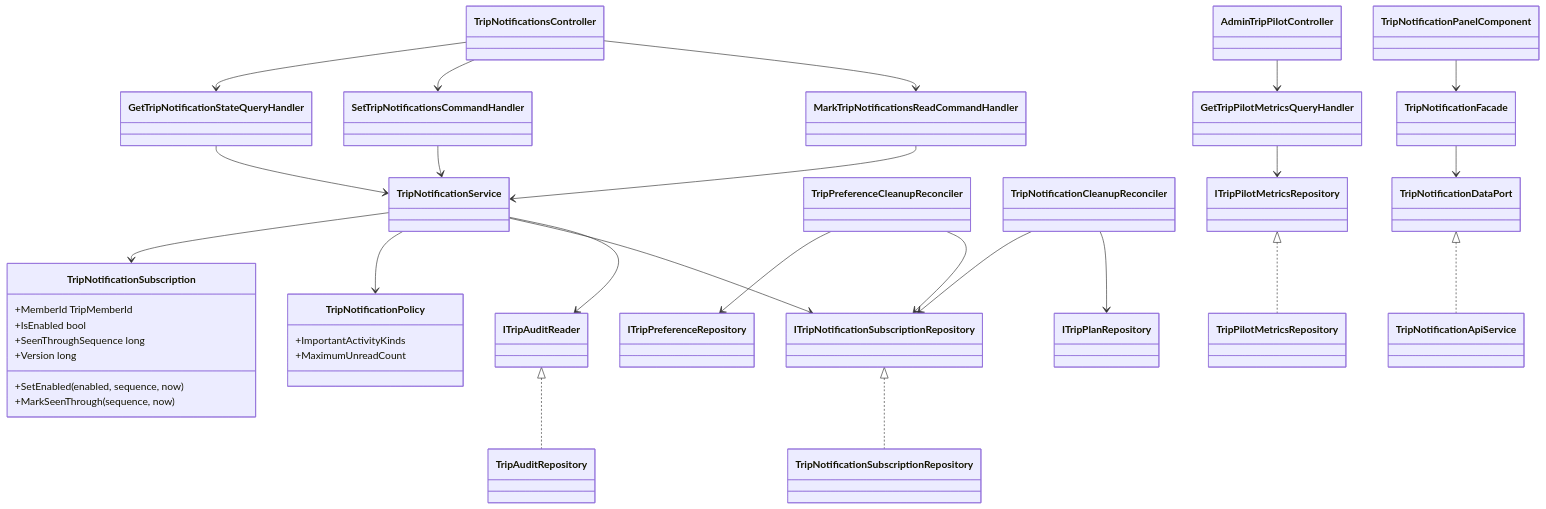
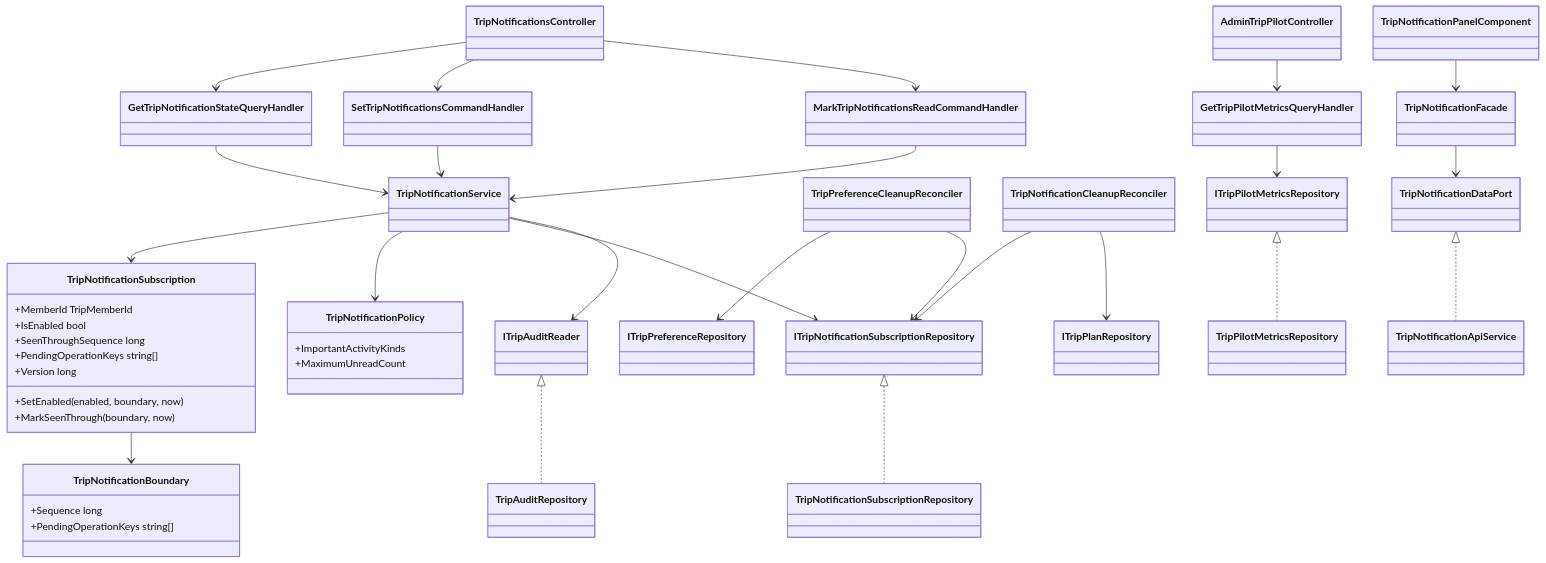
Before and after one commit to Ced59/AmusementParkProject: the second of 3 diagrams in docs/architecture/product-growth-trip-13-collaborative-pilot-2026-09-25.md, drawn with Mermaid. The commit also changed other lines of this file and 16 other files, not shown here.

````diff
--- a/docs/architecture/product-growth-trip-13-collaborative-pilot-2026-09-25.md
+++ b/docs/architecture/product-growth-trip-13-collaborative-pilot-2026-09-25.md
@@ -173,58 +180,64 @@
 ```mermaid
 classDiagram
     class TripNotificationsController
     class GetTripNotificationStateQueryHandler
     class SetTripNotificationsCommandHandler
     class MarkTripNotificationsReadCommandHandler
     class TripNotificationService
     class TripNotificationSubscription {
       +MemberId TripMemberId
       +IsEnabled bool
       +SeenThroughSequence long
+      +PendingOperationKeys string[]
       +Version long
-      +SetEnabled(enabled, sequence, now)
-      +MarkSeenThrough(sequence, now)
+      +SetEnabled(enabled, boundary, now)
+      +MarkSeenThrough(boundary, now)
+    }
+    class TripNotificationBoundary {
+      +Sequence long
+      +PendingOperationKeys string[]
     }
     class TripNotificationPolicy {
       +ImportantActivityKinds
       +MaximumUnreadCount
     }
     class ITripNotificationSubscriptionRepository
     class ITripAuditReader
     class TripNotificationSubscriptionRepository
     class TripAuditRepository
     class TripPreferenceCleanupReconciler
     class TripNotificationCleanupReconciler
     class ITripPreferenceRepository
     class GetTripPilotMetricsQueryHandler
     class ITripPilotMetricsRepository
     class TripPilotMetricsRepository
     class AdminTripPilotController
     class TripNotificationPanelComponent
     class TripNotificationFacade
     class TripNotificationDataPort
     class TripNotificationApiService
 
     TripNotificationsController --> GetTripNotificationStateQueryHandler
     TripNotificationsController --> SetTripNotificationsCommandHandler
     TripNotificationsController --> MarkTripNotificationsReadCommandHandler
     GetTripNotificationStateQueryHandler --> TripNotificationService
     SetTripNotificationsCommandHandler --> TripNotificationService
     MarkTripNotificationsReadCommandHandler --> TripNotificationService
     TripNotificationService --> TripNotificationSubscription
+    TripNotificationSubscription --> TripNotificationBoundary
     TripNotificationService --> TripNotificationPolicy
     TripNotificationService --> ITripNotificationSubscriptionRepository
     TripNotificationService --> ITripAuditReader
     ITripNotificationSubscriptionRepository <|.. TripNotificationSubscriptionRepository
     ITripAuditReader <|.. TripAuditRepository
     TripPreferenceCleanupReconciler --> ITripPreferenceRepository
     TripPreferenceCleanupReconciler --> ITripNotificationSubscriptionRepository
     TripNotificationCleanupReconciler --> ITripNotificationSubscriptionRepository
     TripNotificationCleanupReconciler --> ITripPlanRepository
     AdminTripPilotController --> GetTripPilotMetricsQueryHandler
     GetTripPilotMetricsQueryHandler --> ITripPilotMetricsRepository
     ITripPilotMetricsRepository <|.. TripPilotMetricsRepository
     TripNotificationPanelComponent --> TripNotificationFacade
     TripNotificationFacade --> TripNotificationDataPort
     TripNotificationDataPort <|.. TripNotificationApiService
 ```
````
